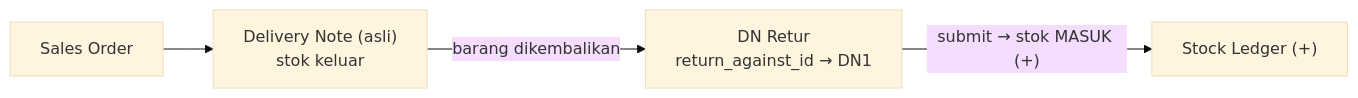
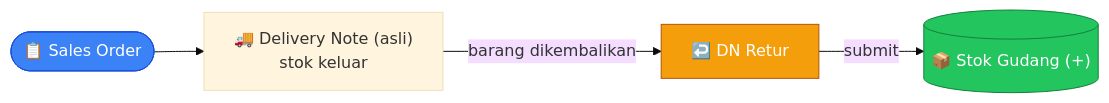
The first of 4 diagrams in docs/tutorials/retur.md (RimbunCode/erp_pataya), drawn with Mermaid (base theme) before and after one commit. The commit also changed other lines of this file and 14 other files, not shown here.

````diff
--- a/docs/tutorials/retur.md
+++ b/docs/tutorials/retur.md
@@ -31,6 +31,10 @@
 ```mermaid
 flowchart LR
-    SO[Sales Order] --> DN1["Delivery Note (asli)<br/>stok keluar"]
-    DN1 -->|"barang dikembalikan"| DN2["DN Retur<br/>return_against_id → DN1"]
-    DN2 -->|"submit → stok MASUK (+)"| SLE["Stock Ledger (+)"]
+    SO(["📋 Sales Order"]) --> DN1["🚚 Delivery Note (asli)<br/>stok keluar"]
+    DN1 -->|"barang dikembalikan"| DN2["↩️ DN Retur"]
+    DN2 -->|"submit"| SLE[("📦 Stok Gudang (+)")]
+
+    style SO fill:#3b82f6,stroke:#1d4ed8,color:#fff
+    style DN2 fill:#f59e0b,stroke:#b45309,color:#fff
+    style SLE fill:#22c55e,stroke:#15803d,color:#fff
 ```
````
